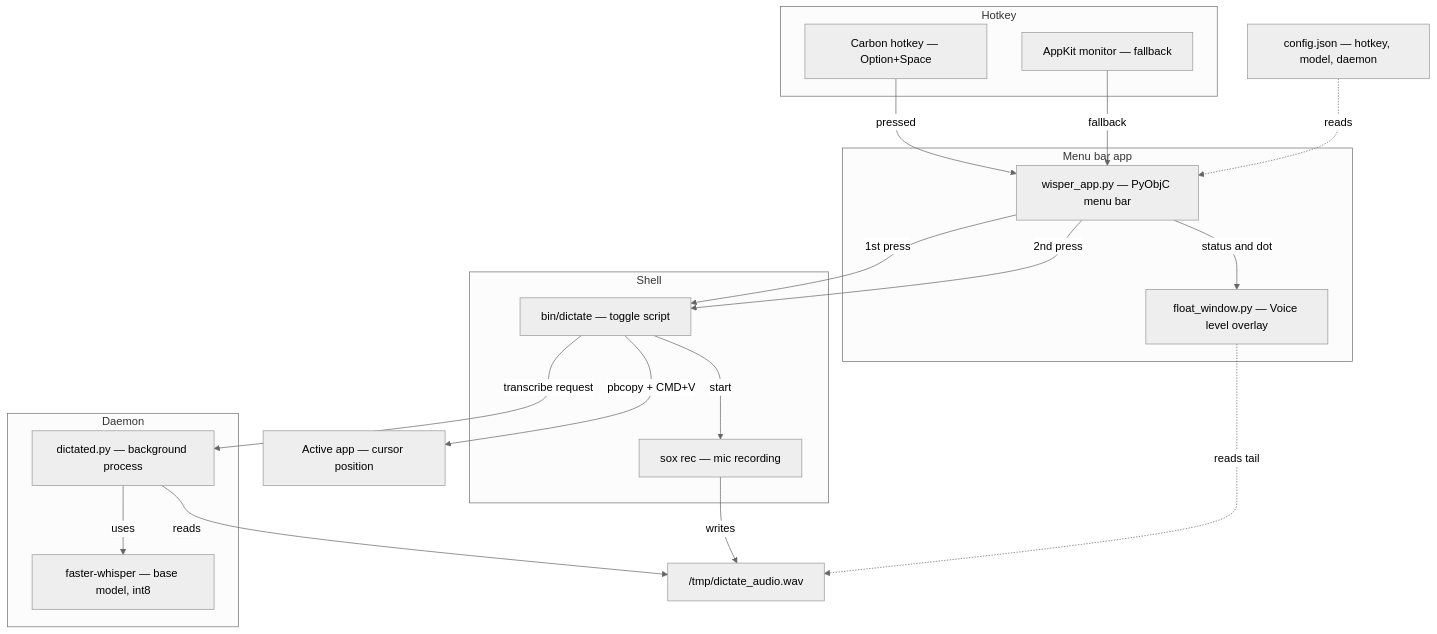
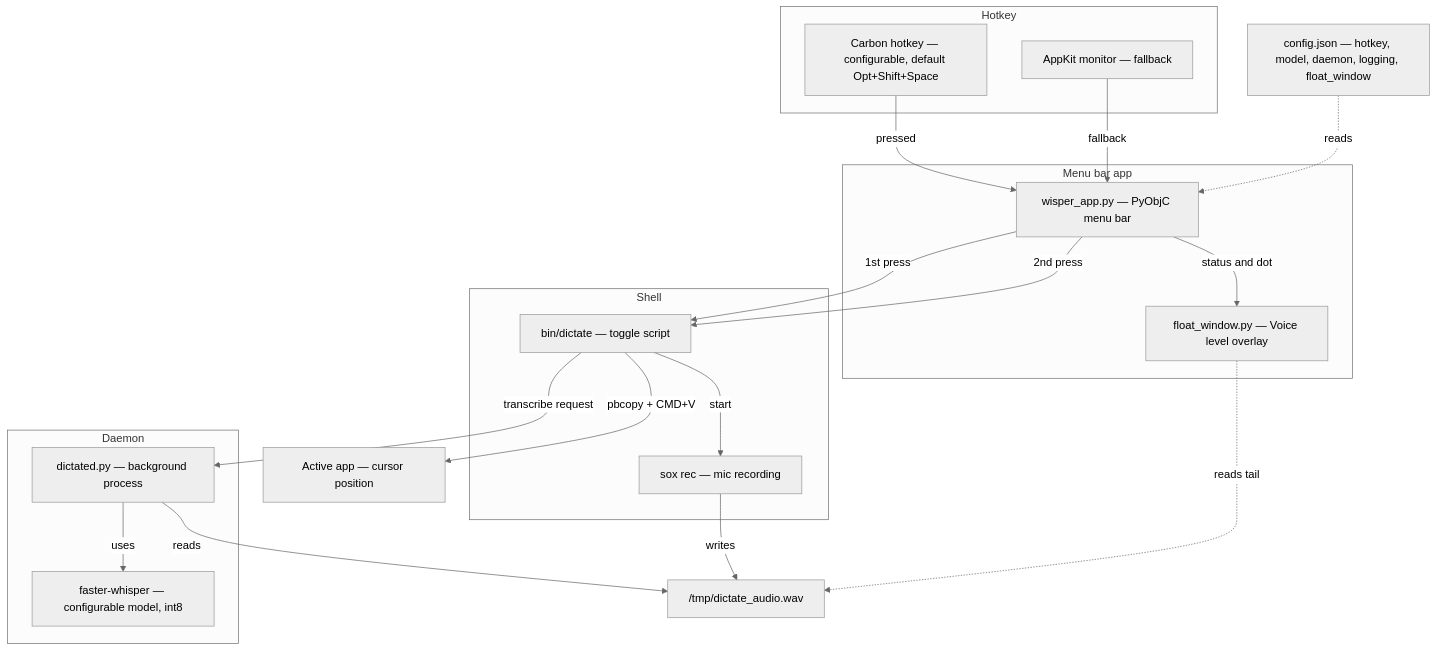
One commit to andkirby/whisper-ear changed the first of 6 diagrams in docs/architecture.md. Above: the diagram before and after it, drawn with Mermaid (neutral theme). The commit also changed other lines of this file, not shown here.

First line of the commit message:
Fix architecture docs: remove stale lockfile, quote diagram 6 labels

````diff
--- a/docs/architecture.md
+++ b/docs/architecture.md
@@ -5,40 +5,40 @@
 ```mermaid
 graph TB
     subgraph menu["Menu bar app"]
         A["wisper_app.py — PyObjC menu bar"]
         B["float_window.py — Voice level overlay"]
     end
 
     subgraph hotkey["Hotkey"]
-        C["Carbon hotkey — Option+Space"]
+        C["Carbon hotkey — configurable, default Opt+Shift+Space"]
         D["AppKit monitor — fallback"]
     end
 
     subgraph shell["Shell"]
         E["bin/dictate — toggle script"]
         F["sox rec — mic recording"]
     end
 
     subgraph daemon["Daemon"]
         G["dictated.py — background process"]
-        H["faster-whisper — base model, int8"]
+        H["faster-whisper — configurable model, int8"]
     end
 
     I["/tmp/dictate_audio.wav"]
     J["Active app — cursor position"]
-    K["config.json — hotkey, model, daemon"]
+    K["config.json — hotkey, model, daemon, logging, float_window"]
 
     C -->|pressed| A
     D -->|fallback| A
     A -->|1st press| E
     A -->|2nd press| E
     K -.->|reads| A
     A -->|status and dot| B
     E -->|start| F
     F -->|writes| I
     E -->|transcribe request| G
     G -->|uses| H
     G -->|reads| I
     E -->|pbcopy + CMD+V| J
     B -.->|reads tail| I
 ```
````
